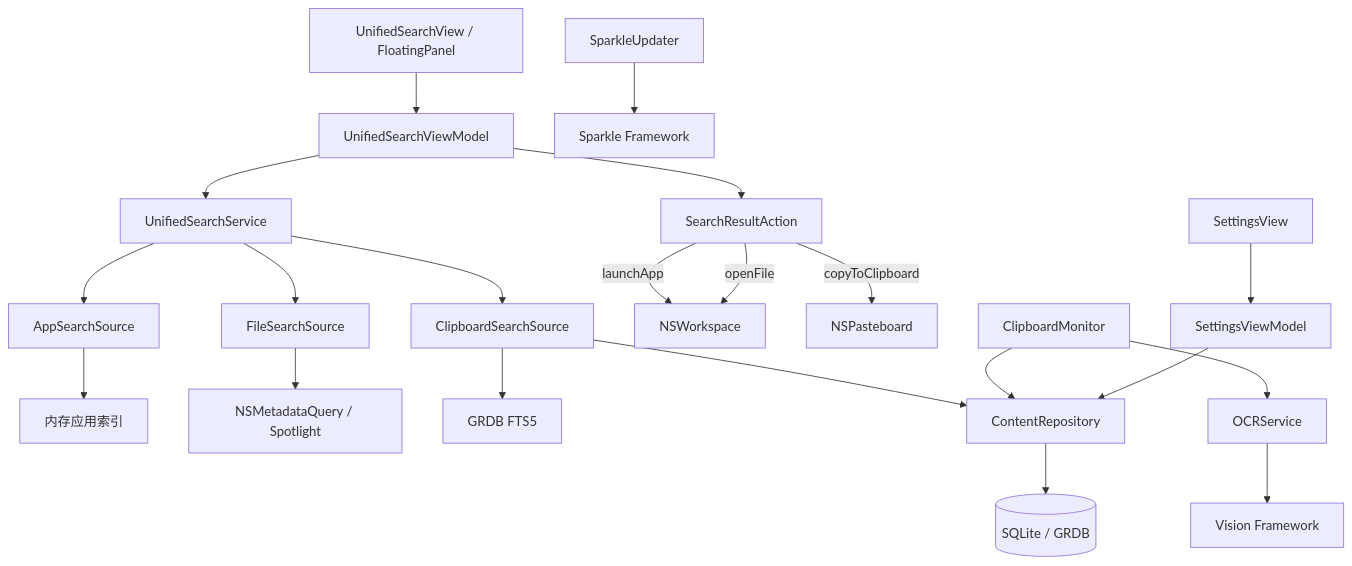
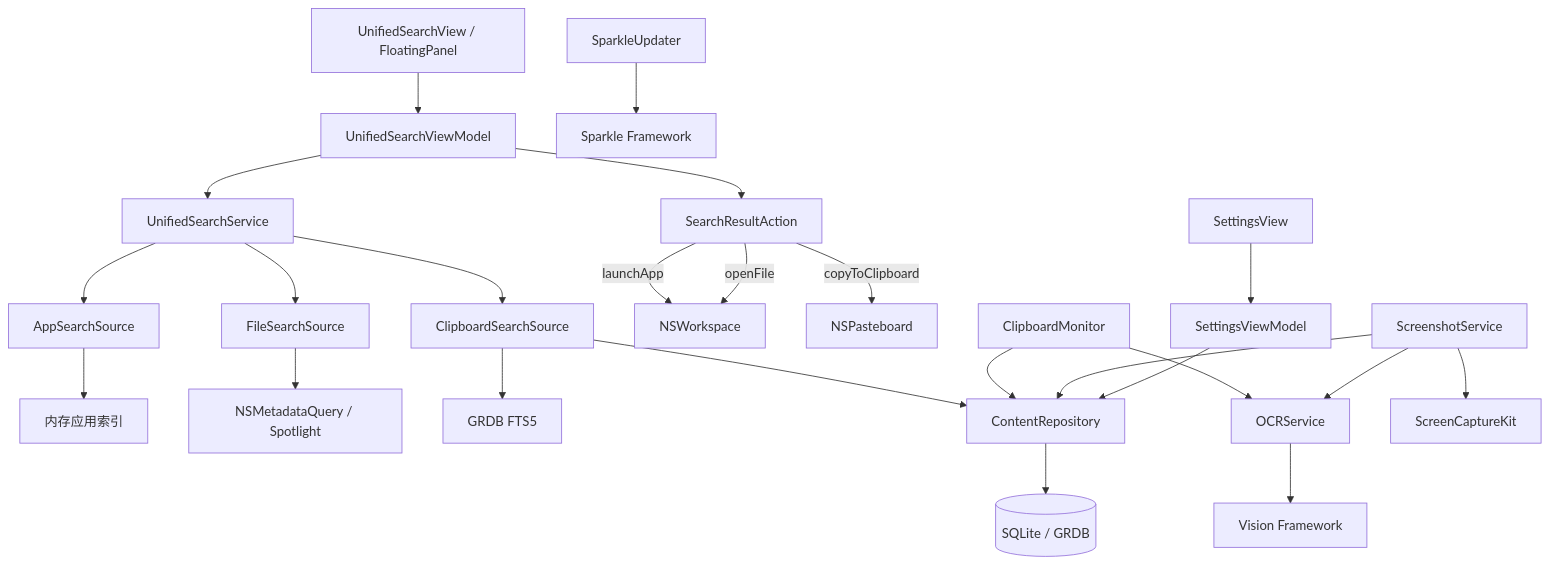
Before and after one commit to freeabyss/assistant: the diagram in doc/architecture_api.md, drawn with Mermaid. The commit also changed other lines of this file and 3 other files, not shown here.

Commit message:
docs: align architecture with PRD - add screenshot module, fix system overview as unified efficiency entry, add use_count field

````diff
--- a/doc/architecture_api.md
+++ b/doc/architecture_api.md
@@ -402,23 +433,26 @@
 ```mermaid
 graph TD
     A[UnifiedSearchView / FloatingPanel] --> US[UnifiedSearchViewModel]
     US --> USS[UnifiedSearchService]
     USS --> AS[AppSearchSource]
     USS --> FS[FileSearchSource]
     USS --> CS[ClipboardSearchSource]
     AS --> IDX[内存应用索引]
     FS --> MQ[NSMetadataQuery / Spotlight]
     CS --> FTS[GRDB FTS5]
     CS --> REPO[ContentRepository]
     US --> ACT[SearchResultAction]
     ACT -->|launchApp| WS[NSWorkspace]
     ACT -->|openFile| WS
     ACT -->|copyToClipboard| PB[NSPasteboard]
     E[ClipboardMonitor] --> REPO
     E --> OCR[OCRService]
     OCR --> VN[Vision Framework]
+    SS[ScreenshotService] --> SC[ScreenCaptureKit]
+    SS --> OCR
+    SS --> REPO
     REPO --> DB[(SQLite / GRDB)]
     I[SettingsView] --> J[SettingsViewModel]
     J --> REPO
     K[SparkleUpdater] --> L[Sparkle Framework]
 ```
````
